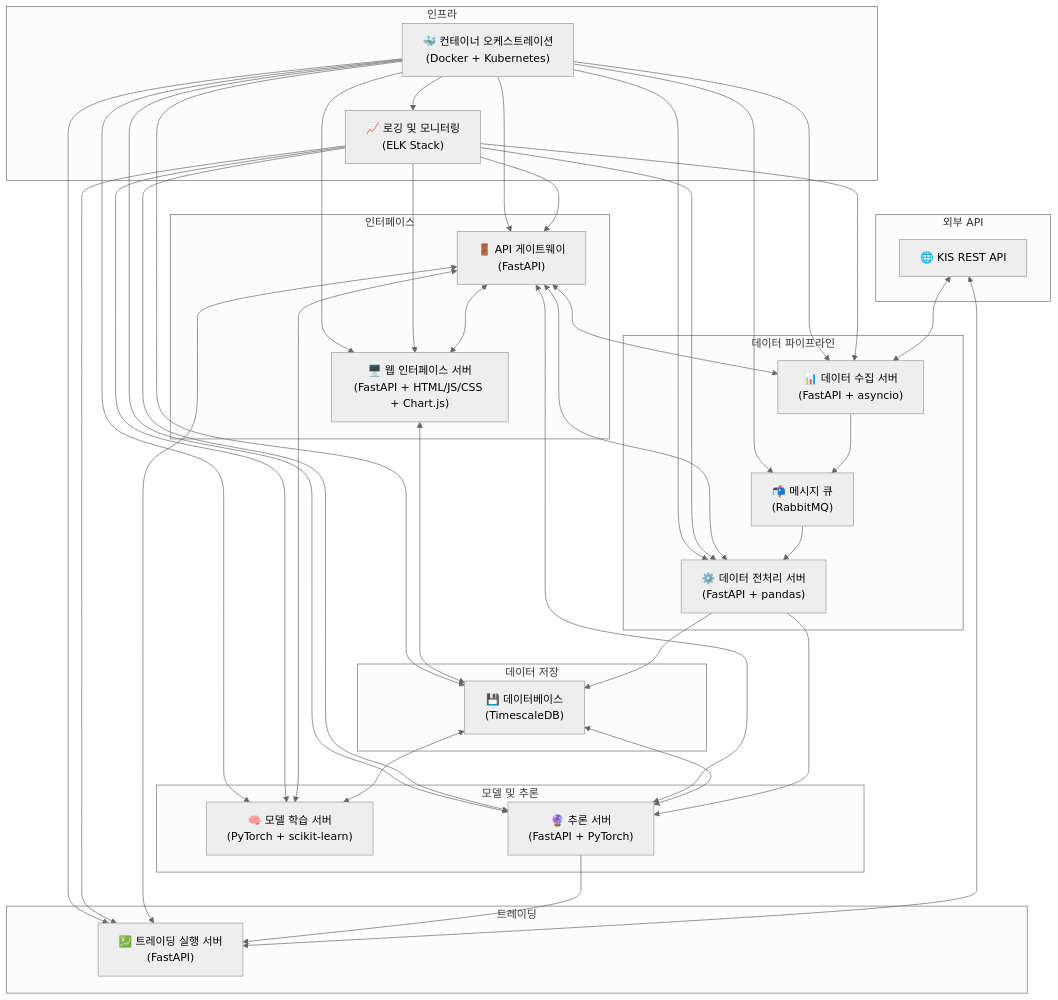
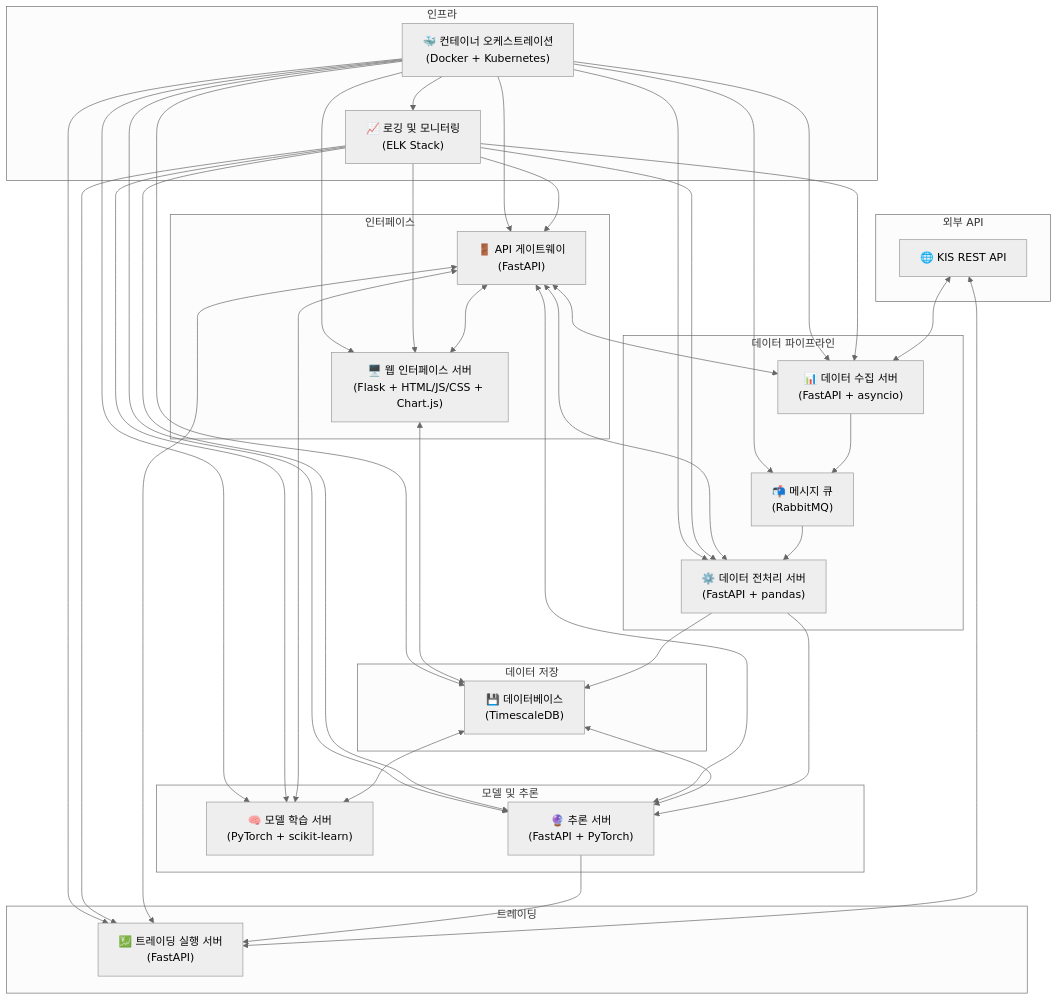
The diagram in README.md (zihwaan/RLtradingbot), drawn with Mermaid (neutral theme) before and after one commit. The commit also changed other lines of this file and 1 other file, not shown here.

````diff
--- a/README.md
+++ b/README.md
@@ -57,70 +57,70 @@
 ```mermaid
 graph TD
     subgraph "외부 API"
         KIS["🌐 KIS REST API"]
     end
 
     subgraph "데이터 파이프라인"
         A["📊 데이터 수집 서버<br>(FastAPI + asyncio)"]
         B["⚙️ 데이터 전처리 서버<br>(FastAPI + pandas)"]
         I["📬 메시지 큐<br>(RabbitMQ)"]
     end
 
     subgraph "데이터 저장"
         C["💾 데이터베이스<br>(TimescaleDB)"]
     end
 
     subgraph "모델 및 추론"
         D["🧠 모델 학습 서버<br>(PyTorch + scikit-learn)"]
         E["🔮 추론 서버<br>(FastAPI + PyTorch)"]
     end
 
     subgraph "트레이딩"
         F["💹 트레이딩 실행 서버<br>(FastAPI)"]
     end
 
     subgraph "인터페이스"
         G["🚪 API 게이트웨이<br>(FastAPI)"]
-        H["🖥️ 웹 인터페이스 서버<br>(FastAPI + HTML/JS/CSS + Chart.js)"]
+        H["🖥️ 웹 인터페이스 서버<br>(Flask + HTML/JS/CSS + Chart.js)"]
     end
 
     subgraph "인프라"
         J["📈 로깅 및 모니터링<br>(ELK Stack)"]
         K["🐳 컨테이너 오케스트레이션<br>(Docker + Kubernetes)"]
     end
 
     %% 연결
     KIS <--> A
     KIS <--> F
     A --> I
     I --> B
     B --> C
     B --> E
     C <--> D
     C <--> E
     E --> F
     G <--> A
     G <--> B
     G <--> D
     G <--> E
     G <--> F
     G <--> H
     H <--> C
     J --> A
     J --> B
     J --> D
     J --> E
     J --> F
     J --> G
     J --> H
     K --> A
     K --> B
     K --> C
     K --> D
     K --> E
     K --> F
     K --> G
     K --> H
     K --> I
     K --> J
 ```
````
